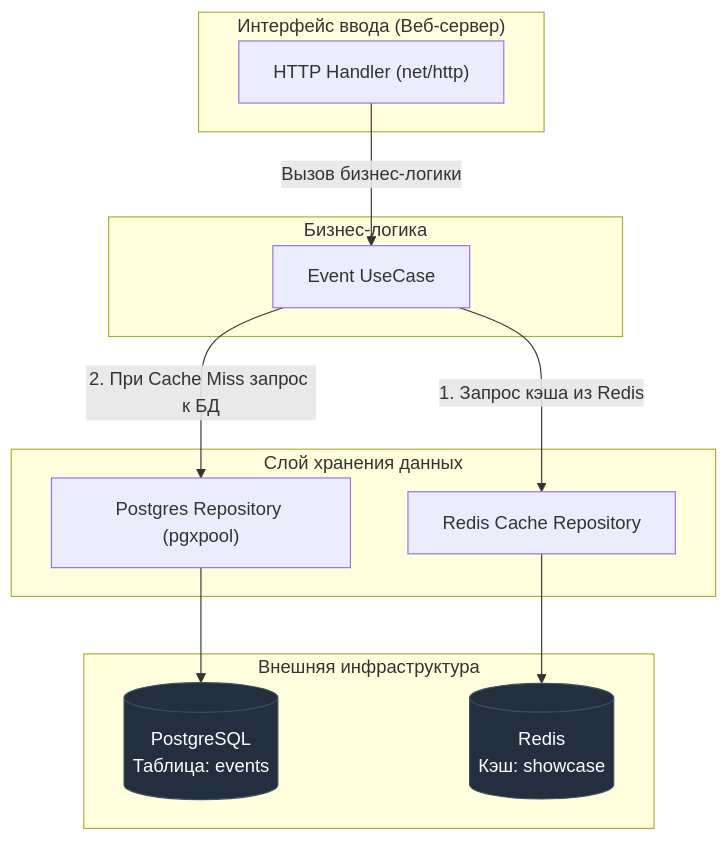
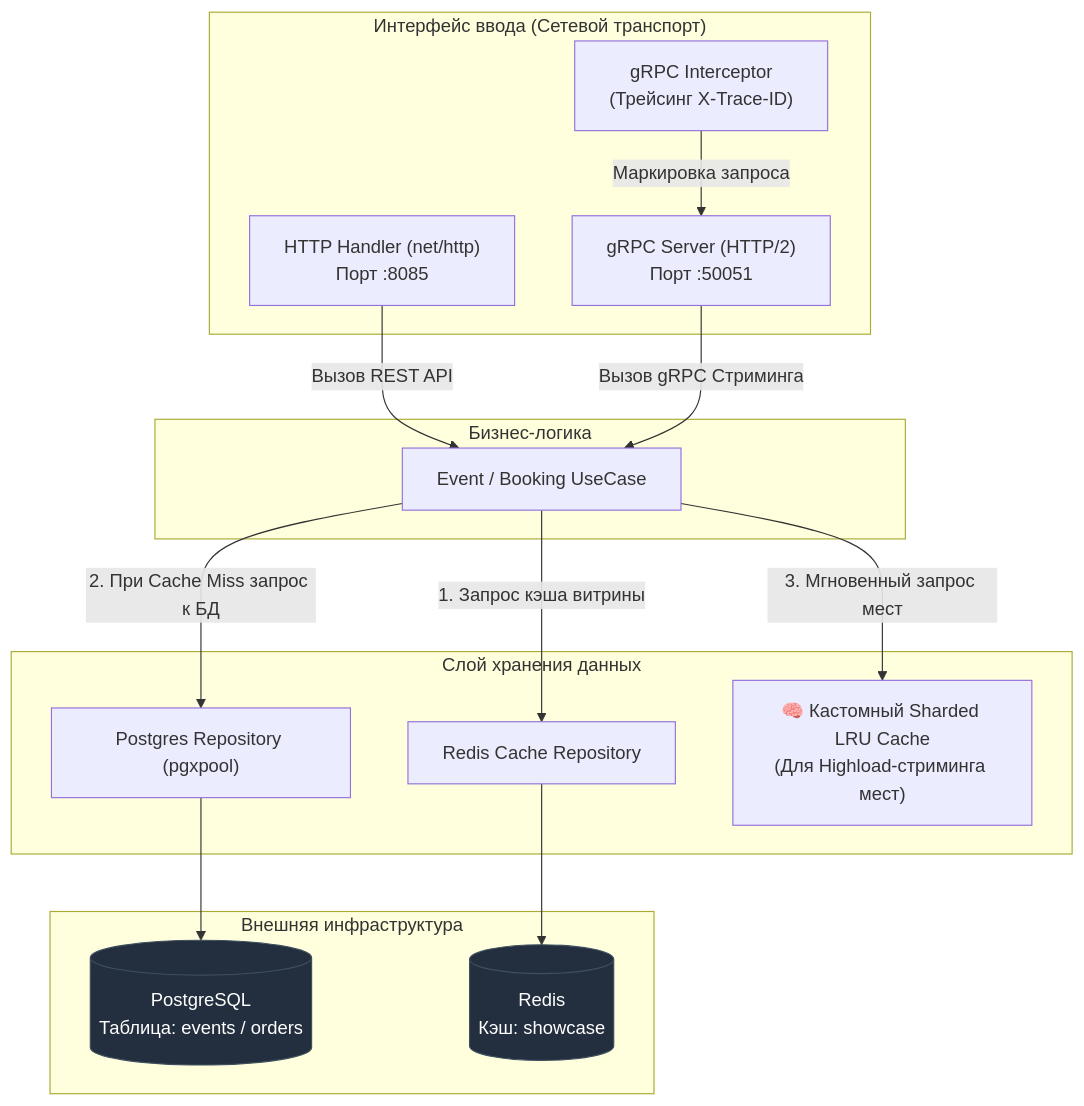
One commit to HelenMatveevaN/go-ticket-aggregator changed the first of 5 diagrams in ARCHITECTURE.md. Above: the diagram before and after it, drawn with Mermaid. The commit also changed other lines of this file and 7 other files, not shown here.

Commit message:
feat: интегрирован gRPC сервер со стримингом и интерцептор трейсинга

````diff
--- a/ARCHITECTURE.md
+++ b/ARCHITECTURE.md
@@ -9,33 +17,40 @@
 ```mermaid
 flowchart TD
     %% Границы слоев (Subgraphs)
-    subgraph api ["Интерфейс ввода (Веб-сервер)"]
-        handler["HTTP Handler (net/http)"]
+    subgraph api ["Интерфейс ввода (Сетевой транспорт)"]
+        handler["HTTP Handler (net/http)<br/>Порт :8085"]
+        grpc_server["gRPC Server (HTTP/2)<br/>Порт :50051"]
+        interceptor["gRPC Interceptor<br/>(Трейсинг X-Trace-ID)"]
     end
 
     subgraph business ["Бизнес-логика"]
-        uc["Event UseCase"]
+        uc["Event / Booking UseCase"]
     end
 
     subgraph storage ["Слой хранения данных"]
         pg_repo["Postgres Repository (pgxpool)"]
         redis_repo["Redis Cache Repository"]
+        lru_cache["🧠 Кастомный Sharded LRU Cache<br/>(Для Highload-стриминга мест)"]
     end
 
     subgraph infra ["Внешняя инфраструктура"]
-        db_events[("PostgreSQL <br/> Таблица: events")]
+        db_events[("PostgreSQL <br/> Таблица: events / orders")]
         db_cache[("Redis <br/> Кэш: showcase")]
     end
 
     %% Связи и направления потоков данных без служебных символов
-    handler -->|Вызов бизнес-логики| uc
-    uc -->|1. Запрос кэша из Redis| redis_repo
+    handler -->|Вызов REST API| uc
+    interceptor -->|Маркировка запроса| grpc_server
+    grpc_server -->|Вызов gRPC Стриминга| uc
+
+    uc -->|1. Запрос кэша витрины| redis_repo
     uc -->|2. При Cache Miss запрос к БД| pg_repo
+    uc -->|3. Мгновенный запрос мест| lru_cache
 
     pg_repo --> db_events
     redis_repo --> db_cache
 
     %% Стилизация компонентов
     classDef database fill:#232f3e,stroke:#3f4f5f,color:#fff;
     class db_events,db_cache database;
 ```
````
